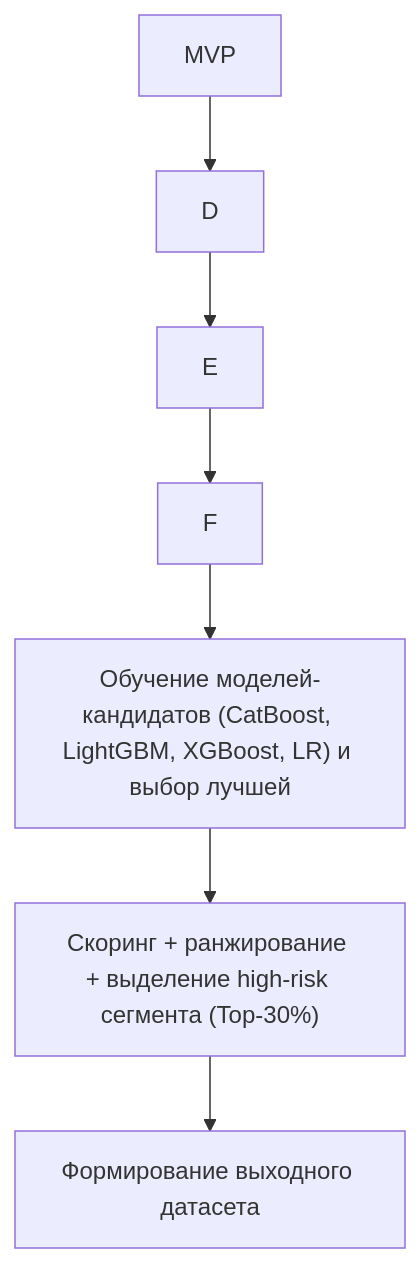
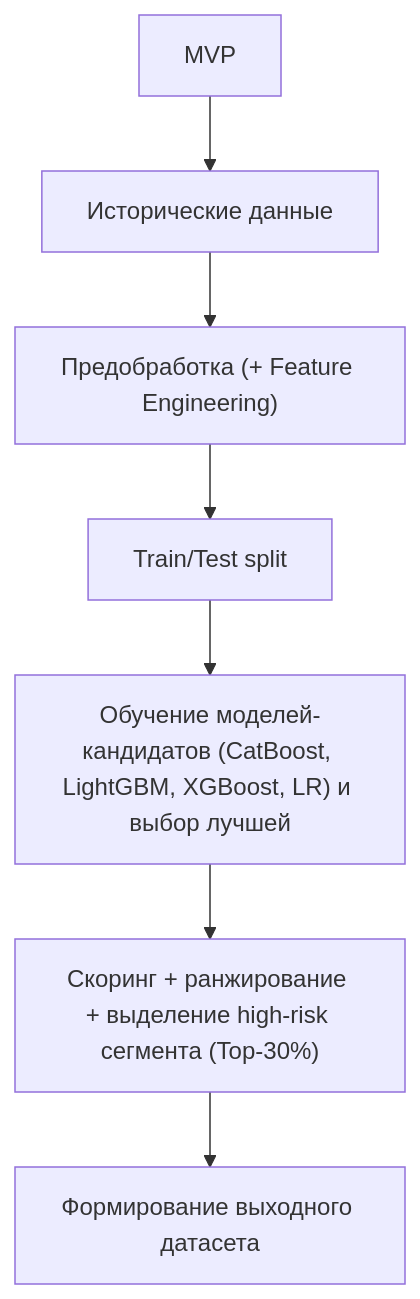
The second of 2 diagrams in docs/ml_system_design_doc.md (ina-ra/booking_cancellation), drawn with Mermaid before and after one commit. The commit also changed other lines of this file, not shown here.

Commit message:
Revise MVP flowchart and description in design doc
Updated the flowchart and description for the MVP to reflect the complete ML pipeline from data to business outcomes.

````diff
--- a/docs/ml_system_design_doc.md
+++ b/docs/ml_system_design_doc.md
@@ -164,9 +164,9 @@
 ```mermaid
   flowchart TB
-  C[MVP] --> D
-  D --> E
-  E --> F
+  C[MVP] --> D["Исторические данные"]
+  D --> E["Предобработка (+ Feature Engineering)"]
+  E --> F["Train/Test split"]
   F --> J["Обучение моделей-кандидатов (CatBoost, LightGBM, XGBoost, LR) и выбор лучшей"]
   J --> K["Скоринг + ранжирование + выделение high-risk сегмента (Top-30%)"]
   K --> L["Формирование выходного датасета"]
 ```
````
